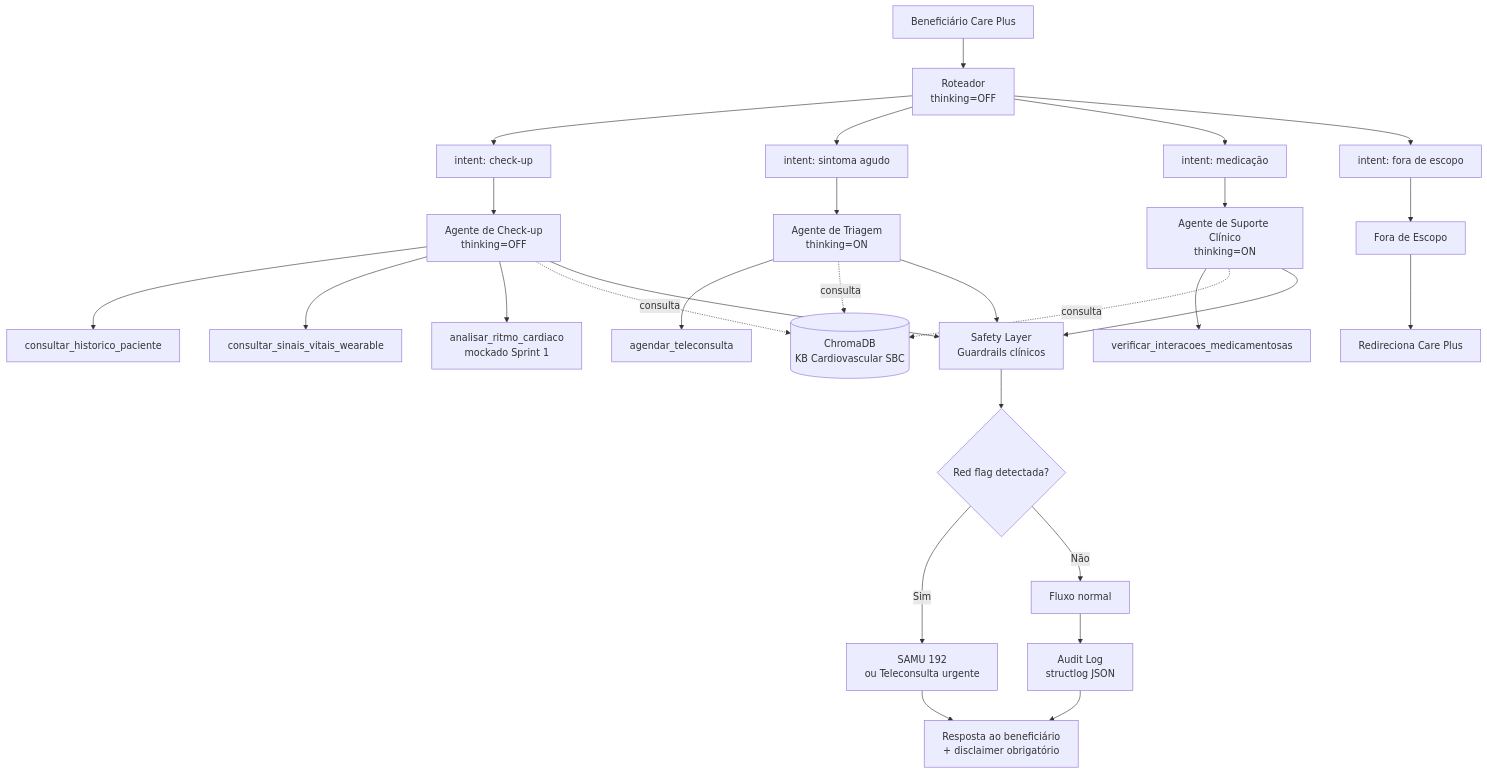
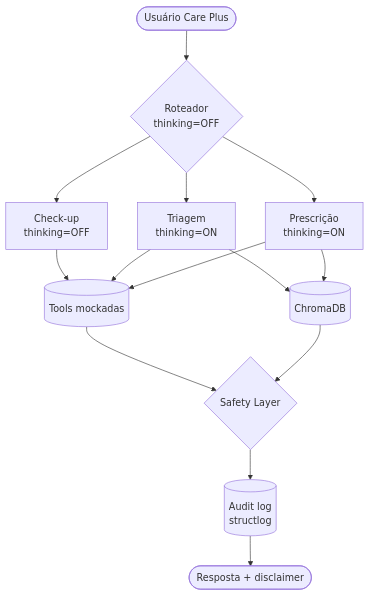
The diagram in README.md (luke-meireles/BluaDiagnostics-Sprint), drawn with Mermaid before and after one commit. The commit also changed other lines of this file and 3 other files, not shown here.

````diff
--- a/README.md
+++ b/README.md
@@ -110,87 +84,16 @@
 ```mermaid
 flowchart TD
-
-%% =========================
-%% Entrada
-%% =========================
-
-A[Beneficiário Care Plus] --> B[Roteador<br/>thinking=OFF]
-
-%% =========================
-%% Intenções
-%% =========================
-
-B --> C1[intent: check-up]
-B --> C2[intent: sintoma agudo]
-B --> C3[intent: medicação]
-B --> C4[intent: fora de escopo]
-
-%% =========================
-%% Fluxos principais
-%% =========================
-
-C1 --> D1[Agente de Check-up<br/>thinking=OFF]
-C2 --> D2[Agente de Triagem<br/>thinking=ON]
-C3 --> D3[Agente de Suporte Clínico<br/>thinking=ON]
-C4 --> D4[Fora de Escopo]
-
-%% =========================
-%% Fora de escopo
-%% =========================
-
-D4 --> D5[Redireciona Care Plus]
-
-%% =========================
-%% Ferramentas do Check-up
-%% =========================
-
-D1 --> T1[consultar_historico_paciente]
-D1 --> T2[consultar_sinais_vitais_wearable]
-D1 --> T3[analisar_ritmo_cardiaco<br/>mockado Sprint 1]
-
-%% =========================
-%% Ferramentas clínicas
-%% =========================
-
-D2 --> T4[agendar_teleconsulta]
-D3 --> T5[verificar_interacoes_medicamentosas]
-
-%% =========================
-%% Base de conhecimento
-%% =========================
-
-KB[(ChromaDB<br/>KB Cardiovascular SBC)]
-
-D1 -. consulta .-> KB
-D2 -. consulta .-> KB
-D3 -. consulta .-> KB
-
-%% =========================
-%% Safety Layer
-%% =========================
-
-SL[Safety Layer<br/>Guardrails clínicos]
-
-D1 --> SL
-D2 --> SL
-D3 --> SL
-
-%% =========================
-%% Red flags
-%% =========================
-
-SL --> RF{Red flag detectada?}
-
-RF -->|Sim| EM[SAMU 192<br/>ou Teleconsulta urgente]
-RF -->|Não| FN[Fluxo normal]
-
-%% =========================
-%% Saída
-%% =========================
-
-FN --> LOG[Audit Log<br/>structlog JSON]
-
-LOG --> RESP[Resposta ao beneficiário<br/>+ disclaimer obrigatório]
-
-EM --> RESP
+    Usuario([Usuário Care Plus]) --> Roteador{Roteador<br/>thinking=OFF}
+    Roteador --> Checkup[Check-up<br/>thinking=OFF]
+    Roteador --> Triagem[Triagem<br/>thinking=ON]
+    Roteador --> Prescricao[Prescrição<br/>thinking=ON]
+    Checkup --> Tools[(Tools mockadas)]
+    Triagem --> RAG[(ChromaDB)]
+    Triagem --> Tools
+    Prescricao --> RAG
+    Prescricao --> Tools
+    Tools --> Safety{Safety Layer}
+    RAG --> Safety
+    Safety --> Audit[(Audit log<br/>structlog)]
+    Audit --> Resposta([Resposta + disclaimer])
 ```
````
